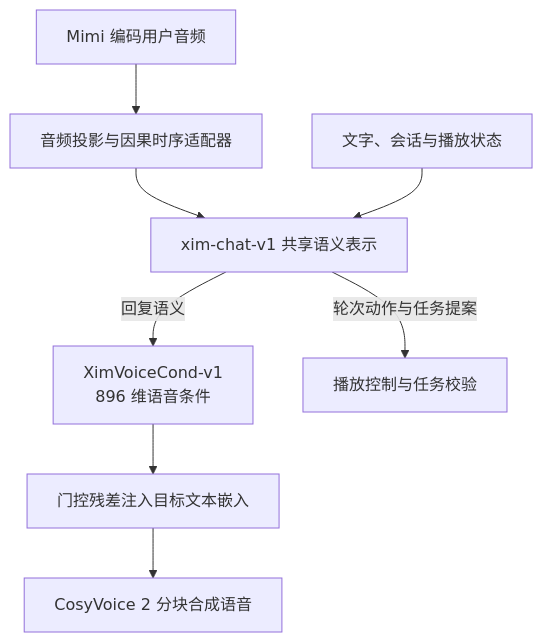
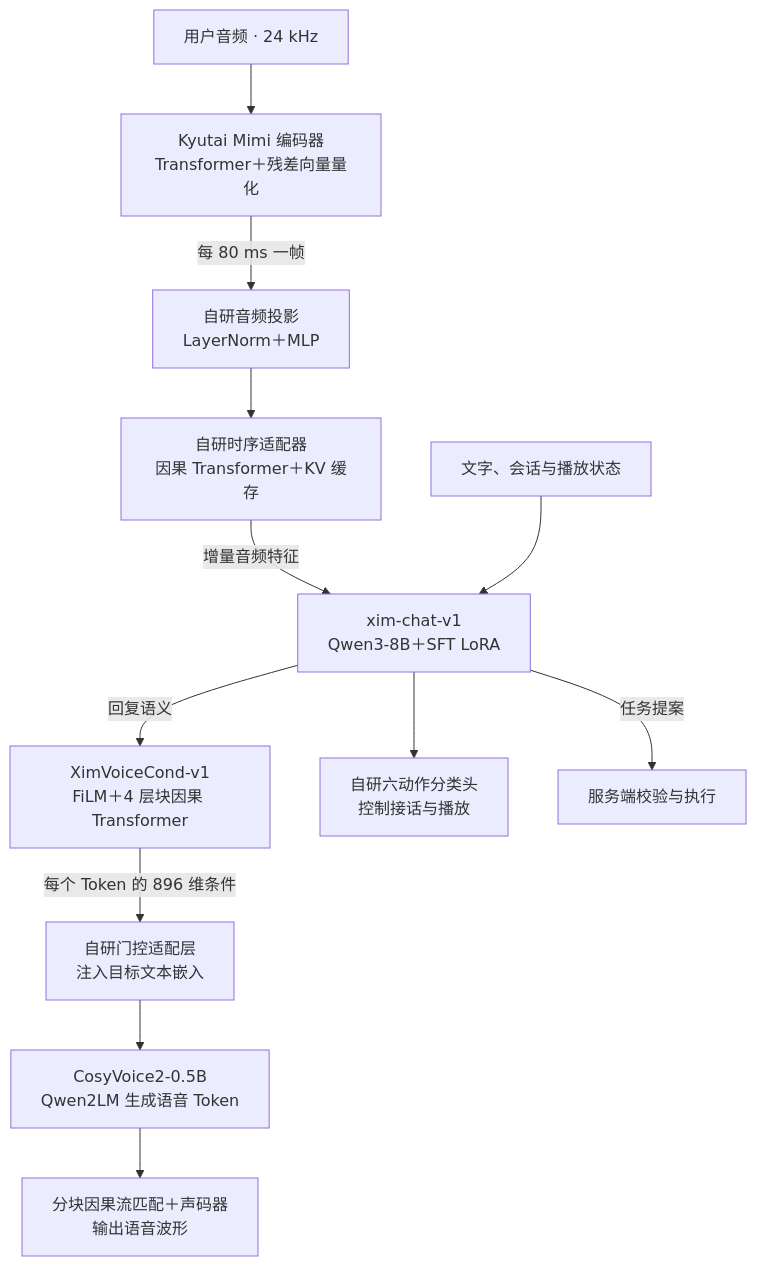
Before and after one commit to wuki-creator/Xim-duplex: the second of 2 diagrams in README.md, drawn with Mermaid. The commit also changed other lines of this file, not shown here.

Commit message:
Identify model backbones, interfaces, and validation status in voice diagrams

````diff
--- a/README.md
+++ b/README.md
@@ -55,10 +57,14 @@
 ```mermaid
 flowchart TD
-    mimi["Mimi 编码用户音频"] --> adapt["音频投影与因果时序适配器"]
-    adapt --> xim["xim-chat-v1 共享语义表示"]
+    audio["用户音频 · 24 kHz"] --> mimi["Kyutai Mimi 编码器<br/>Transformer＋残差向量量化"]
+    mimi -->|每 80 ms 一帧| proj["自研音频投影<br/>LayerNorm＋MLP"]
+    proj --> temp["自研时序适配器<br/>因果 Transformer＋KV 缓存"]
+    temp -->|增量音频特征| xim["xim-chat-v1<br/>Qwen3-8B＋SFT LoRA"]
     state["文字、会话与播放状态"] --> xim
-    xim -->|回复语义| cond["XimVoiceCond-v1<br/>896 维语音条件"]
-    cond --> bridge["门控残差注入目标文本嵌入"]
-    bridge --> cosy["CosyVoice 2 分块合成语音"]
-    xim -->|轮次动作与任务提案| control["播放控制与任务校验"]
+    xim -->|回复语义| cond["XimVoiceCond-v1<br/>FiLM＋4 层块因果 Transformer"]
+    cond -->|每个 Token 的 896 维条件| bridge["自研门控适配层<br/>注入目标文本嵌入"]
+    bridge --> cosy["CosyVoice2-0.5B<br/>Qwen2LM 生成语音 Token"]
+    cosy --> wave["分块因果流匹配＋声码器<br/>输出语音波形"]
+    xim --> turn["自研六动作分类头<br/>控制接话与播放"]
+    xim -->|任务提案| check["服务端校验与执行"]
 ```
````
